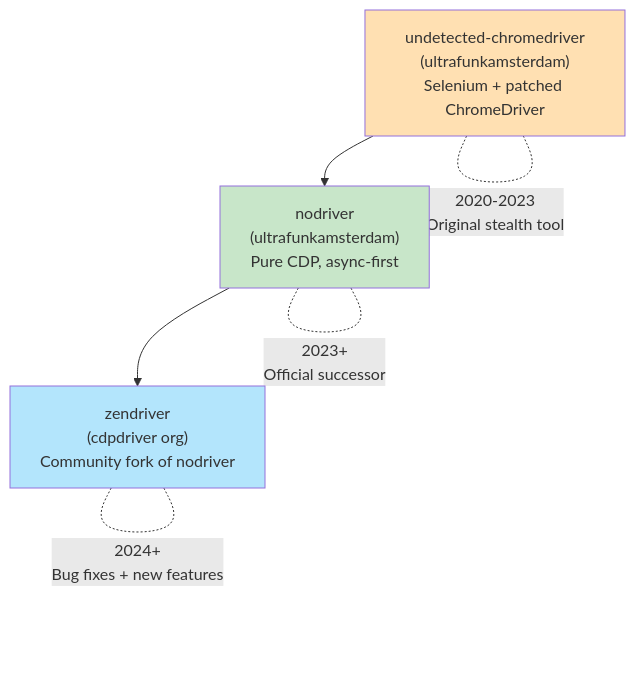
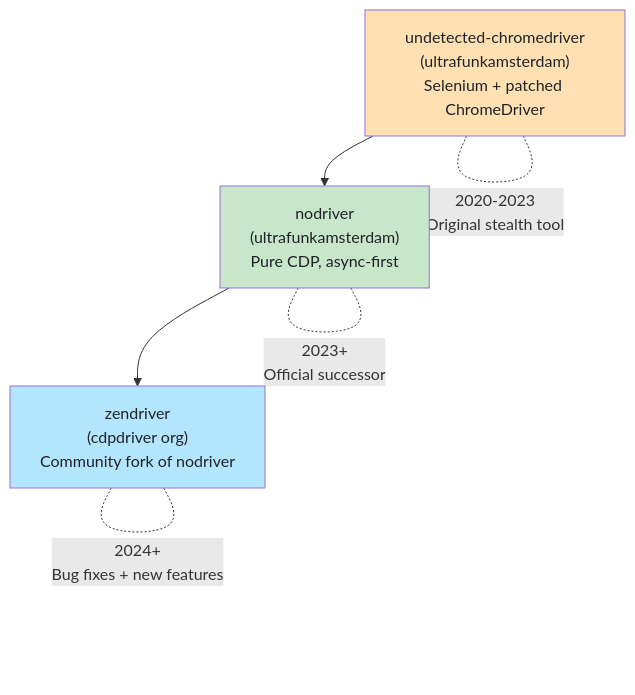
The first of 4 diagrams in _posts/2026-02-14-nodriver-vs-zendriver-picking-right-undetected-chrome-wrapper.md (bytetunnels/bytetunnels.github.com), drawn with Mermaid before and after one commit. The commit also changed other lines of this file and 118 other files, not shown here.

Commit message:
feat: improve diagram styling and compact wide flowcharts

````diff
--- a/_posts/2026-02-14-nodriver-vs-zendriver-picking-right-undetected-chrome-wrapper.md
+++ b/_posts/2026-02-14-nodriver-vs-zendriver-picking-right-undetected-chrome-wrapper.md
@@ -23,13 +23,13 @@
 ```mermaid
 graph TD
     A["undetected-chromedriver<br>(ultrafunkamsterdam)<br>Selenium + patched ChromeDriver"] --> B["nodriver<br>(ultrafunkamsterdam)<br>Pure CDP, async-first"]
     B --> C["zendriver<br>(cdpdriver org)<br>Community fork of nodriver"]
 
     A -.-|"2020-2023<br>Original stealth tool"| A
     B -.-|"2023+<br>Official successor"| B
     C -.-|"2024+<br>Bug fixes + new features"| C
 
-    style A fill:#ffe0b2
-    style B fill:#c8e6c9
-    style C fill:#b3e5fc
+    style A fill:#ffe0b2,color:#1f2328
+    style B fill:#c8e6c9,color:#1f2328
+    style C fill:#b3e5fc,color:#1f2328
 ```
````
